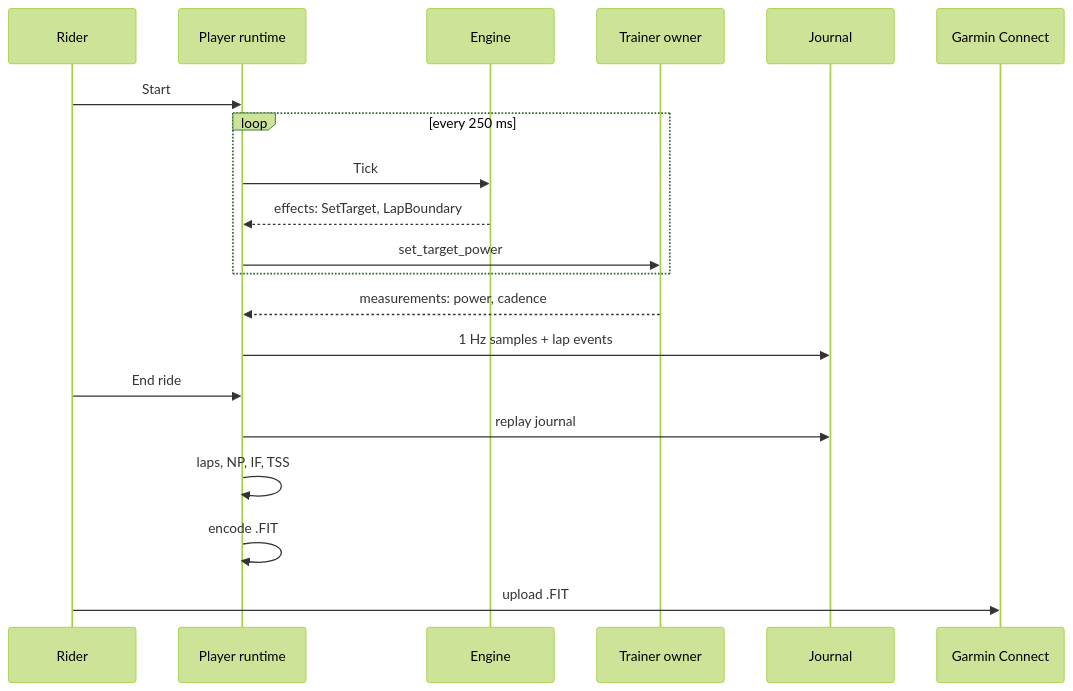
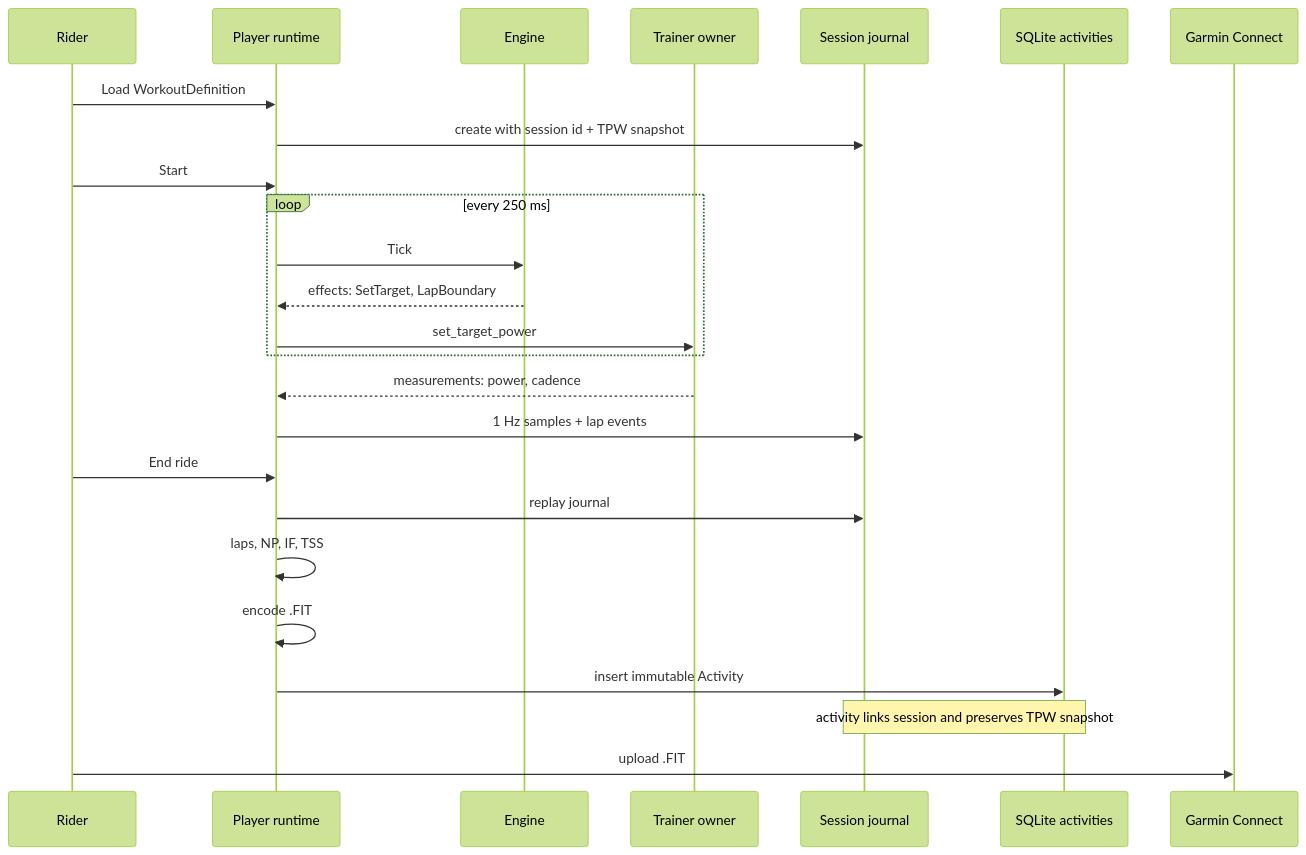
The third of 3 diagrams in docs/architecture.md (sergioclemente/TrainerPro), drawn with Mermaid (forest theme) before and after one commit. The commit also changed other lines of this file and 27 other files, not shown here.

Commit message:
Reconcile workout sessions and activities

````diff
--- a/docs/architecture.md
+++ b/docs/architecture.md
@@ -98,23 +98,28 @@
 ```mermaid
 sequenceDiagram
     participant U as Rider
     participant P as Player runtime
     participant E as Engine
     participant T as Trainer owner
-    participant J as Journal
+    participant J as Session journal
+    participant D as SQLite activities
     participant G as Garmin Connect
 
+    U->>P: Load WorkoutDefinition
+    P->>J: create with session id + TPW snapshot
     U->>P: Start
     loop every 250 ms
         P->>E: Tick
         E-->>P: effects: SetTarget, LapBoundary
         P->>T: set_target_power
     end
     T-->>P: measurements: power, cadence
     P->>J: 1 Hz samples + lap events
     U->>P: End ride
     P->>J: replay journal
     P->>P: laps, NP, IF, TSS
     P->>P: encode .FIT
+    P->>D: insert immutable Activity
+    Note over J,D: activity links session and preserves TPW snapshot
     U->>G: upload .FIT
 ```
````
